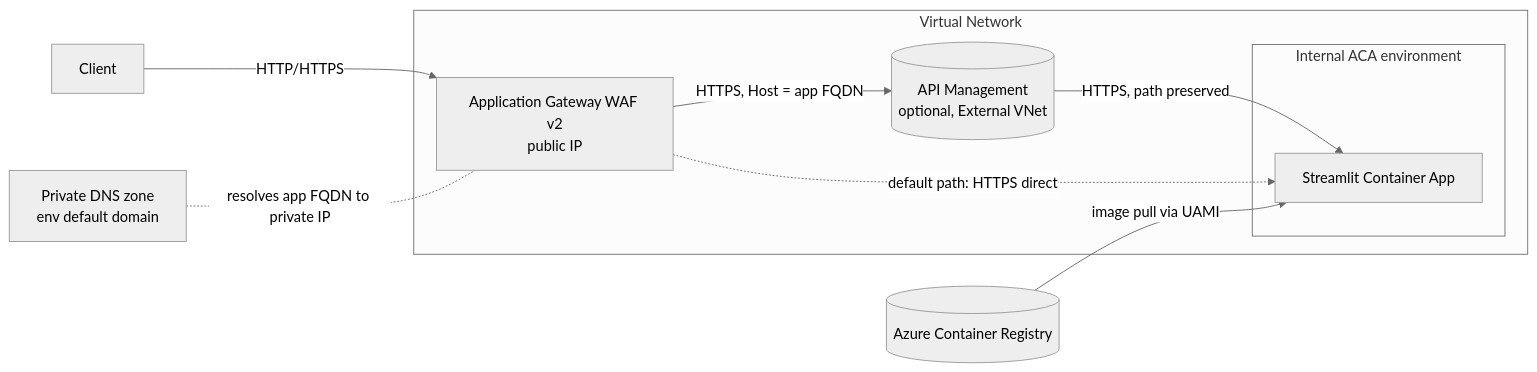
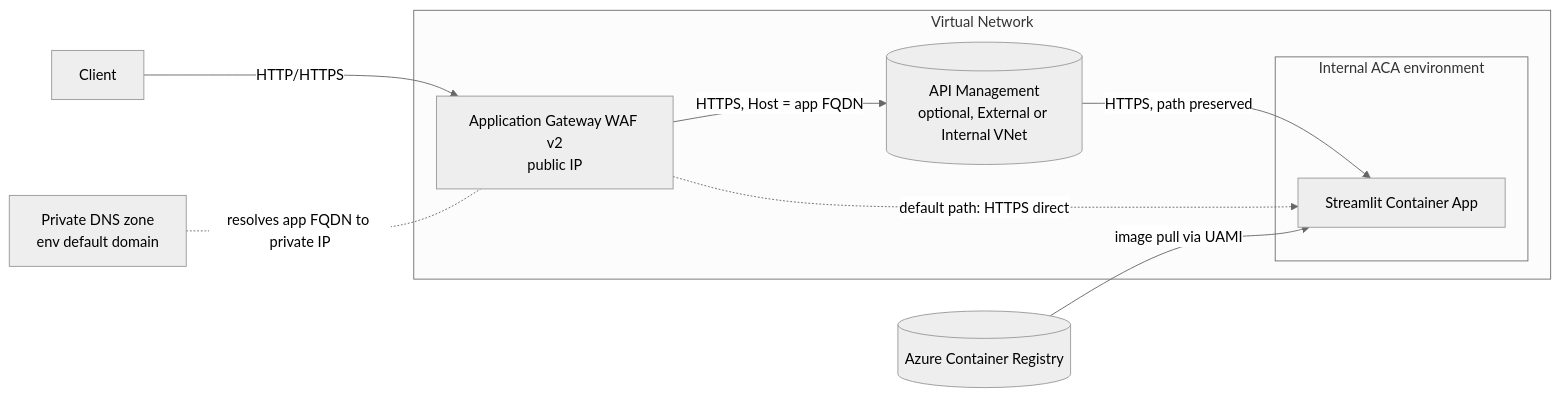
The diagram in README.md (simonjj/aca-pe-and-apim), drawn with Mermaid (neutral theme) before and after one commit. The commit also changed other lines of this file and 4 other files, not shown here.

First line of the commit message:
Add Internal VNet mode for APIM (App Gateway -> private DNS -> Internal APIM -> ACA)

````diff
--- a/README.md
+++ b/README.md
@@ -21,14 +21,14 @@
 ```mermaid
 flowchart LR
     Client[Client] -->|HTTP/HTTPS| AGW[Application Gateway WAF v2<br/>public IP]
     subgraph VNet[Virtual Network]
-        AGW -->|HTTPS, Host = app FQDN| APIM[(API Management<br/>optional, External VNet)]
+        AGW -->|HTTPS, Host = app FQDN| APIM[(API Management<br/>optional, External or Internal VNet)]
         APIM -->|HTTPS, path preserved| CA
         AGW -.->|default path: HTTPS direct| CA[Streamlit Container App]
         subgraph ACAENV[Internal ACA environment]
             CA
         end
     end
     PDNS[Private DNS zone<br/>env default domain] -. resolves app FQDN to private IP .- AGW
     ACR[(Azure Container Registry)] -->|image pull via UAMI| CA
 ```
````
